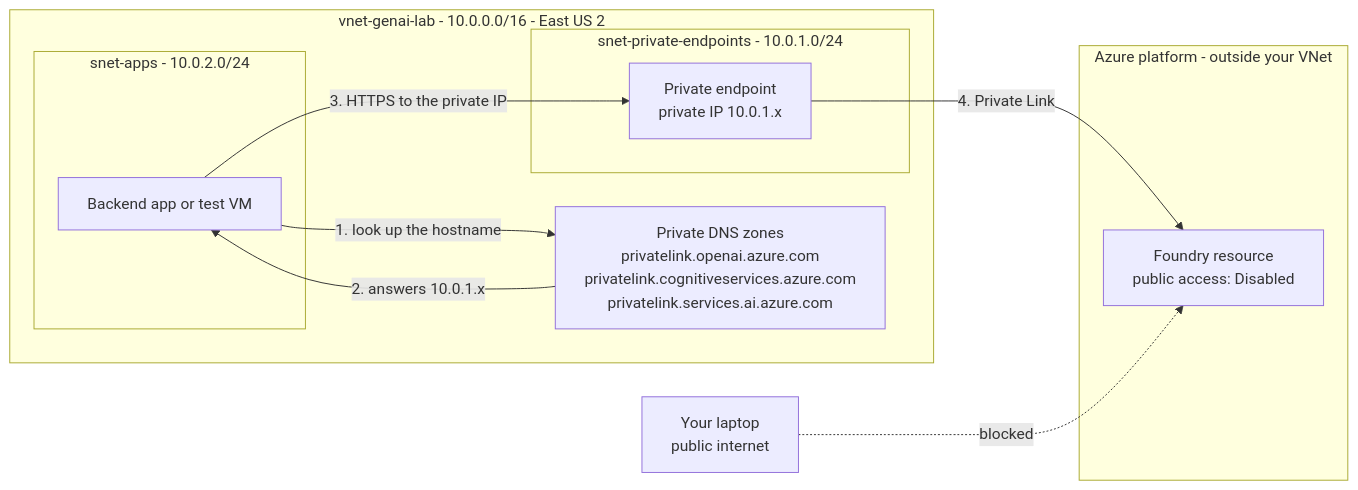
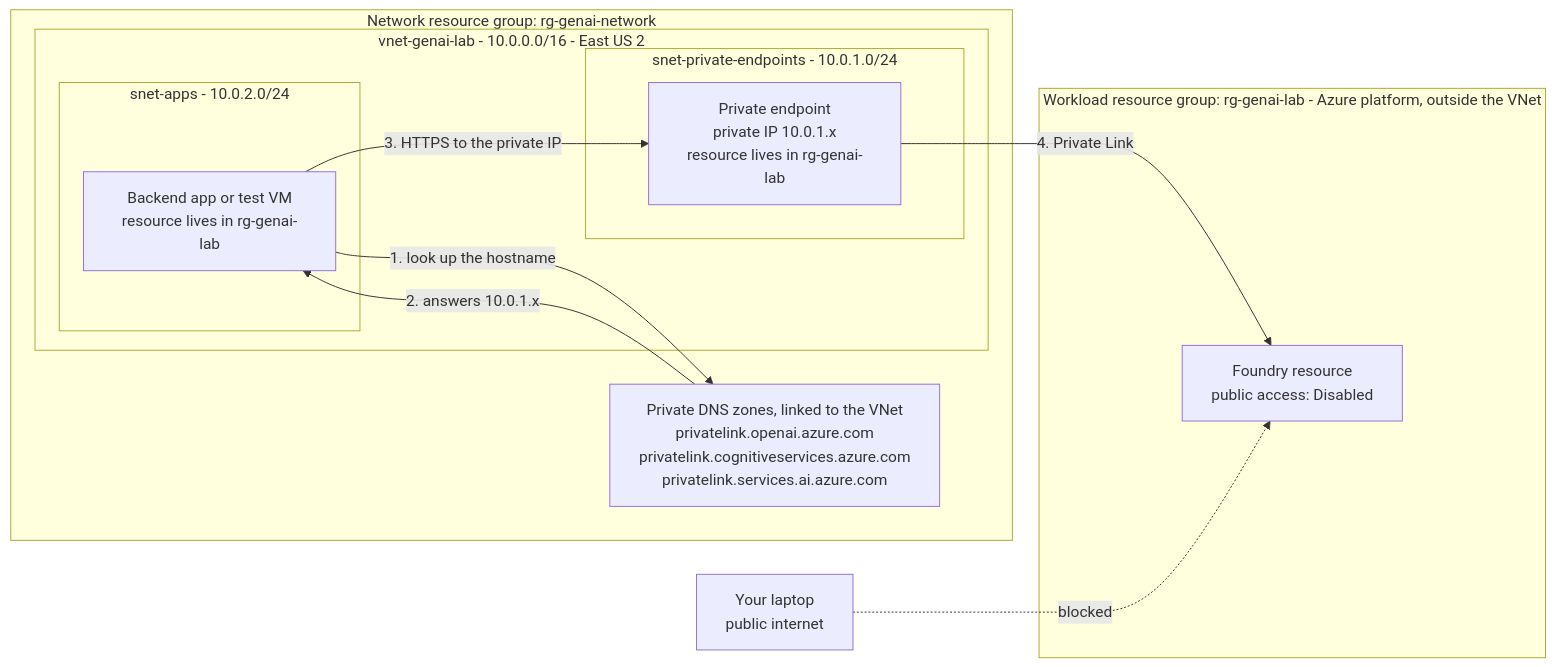
Before and after one commit to manavidcloud/ai901: the fourth of 4 diagrams in genai_krishna/complete_azure_openai_guide.md, drawn with Mermaid. The commit also changed other lines of this file, not shown here.

````diff
--- a/genai_krishna/complete_azure_openai_guide.md
+++ b/genai_krishna/complete_azure_openai_guide.md
@@ -213,24 +241,26 @@
 ```mermaid
 flowchart LR
     LAPTOP["Your laptop<br/>public internet"]
 
-    subgraph VNET["vnet-genai-lab - 10.0.0.0/16 - East US 2"]
-        subgraph APPS["snet-apps - 10.0.2.0/24"]
-            VM["Backend app or test VM"]
+    subgraph NETRG["Network resource group: rg-genai-network"]
+        subgraph VNET["vnet-genai-lab - 10.0.0.0/16 - East US 2"]
+            subgraph APPS["snet-apps - 10.0.2.0/24"]
+                VM["Backend app or test VM<br/>resource lives in rg-genai-lab"]
+            end
+            subgraph PES["snet-private-endpoints - 10.0.1.0/24"]
+                PE["Private endpoint<br/>private IP 10.0.1.x<br/>resource lives in rg-genai-lab"]
+            end
         end
-        subgraph PES["snet-private-endpoints - 10.0.1.0/24"]
-            PE["Private endpoint<br/>private IP 10.0.1.x"]
-        end
-        DNS["Private DNS zones<br/>privatelink.openai.azure.com<br/>privatelink.cognitiveservices.azure.com<br/>privatelink.services.ai.azure.com"]
+        DNS["Private DNS zones, linked to the VNet<br/>privatelink.openai.azure.com<br/>privatelink.cognitiveservices.azure.com<br/>privatelink.services.ai.azure.com"]
     end
 
-    subgraph PAAS["Azure platform - outside your VNet"]
+    subgraph PAAS["Workload resource group: rg-genai-lab - Azure platform, outside the VNet"]
         FR["Foundry resource<br/>public access: Disabled"]
     end
 
     VM -->|"1. look up the hostname"| DNS
     DNS -->|"2. answers 10.0.1.x"| VM
     VM -->|"3. HTTPS to the private IP"| PE
     PE -->|"4. Private Link"| FR
     LAPTOP -. "blocked" .-> FR
 ```
````
